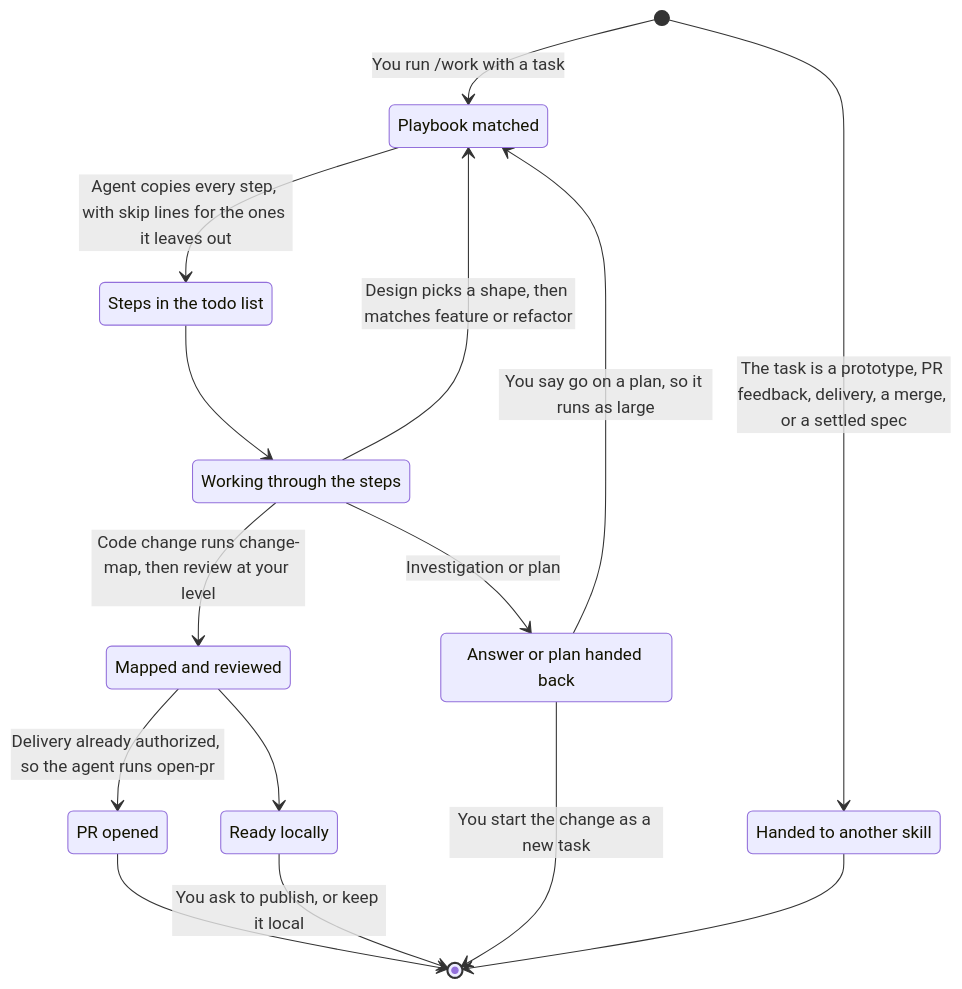
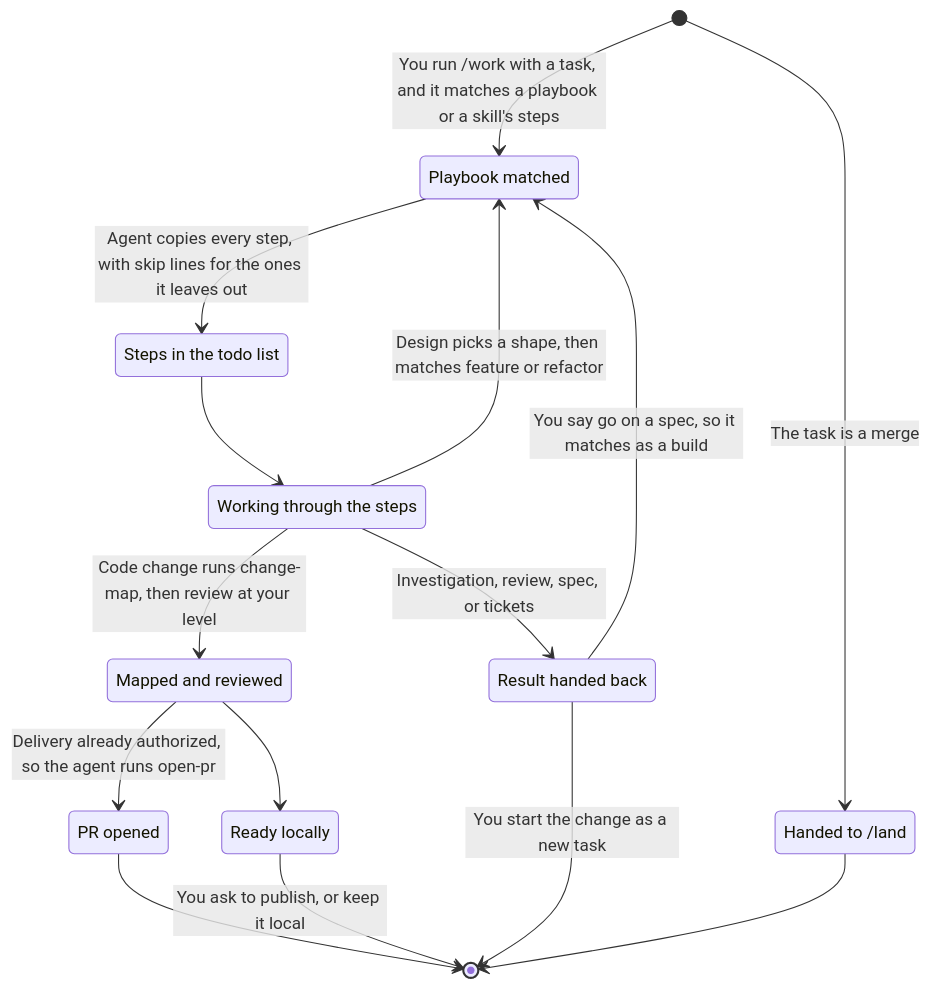
Before and after one commit to jvillegasd/harness: the first of 4 diagrams in docs/workflow.md, drawn with Mermaid. The commit also changed other lines of this file and 15 other files, not shown here.

First line of the commit message:
refactor(work): run existing skills as playbooks; split tickets from spec

````diff
--- a/docs/workflow.md
+++ b/docs/workflow.md
@@ -36,26 +37,26 @@
 ```mermaid
 stateDiagram-v2
     state "Playbook matched" as Matched
     state "Steps in the todo list" as Steps
     state "Working through the steps" as Working
     state "Mapped and reviewed" as Reviewed
-    state "Answer or plan handed back" as Answered
+    state "Result handed back" as Answered
     state "PR opened" as Opened
     state "Ready locally" as Ready
-    state "Handed to another skill" as Routed
+    state "Handed to /land" as Routed
 
-    [*] --> Matched: You run /work with a task
-    [*] --> Routed: The task is a prototype, PR feedback, delivery, a merge, or a settled spec
+    [*] --> Matched: You run /work with a task, and it matches a playbook or a skill's steps
+    [*] --> Routed: The task is a merge
     Matched --> Steps: Agent copies every step, with skip lines for the ones it leaves out
     Steps --> Working
     Working --> Reviewed: Code change runs change-map, then review at your level
-    Working --> Answered: Investigation or plan
+    Working --> Answered: Investigation, review, spec, or tickets
     Working --> Matched: Design picks a shape, then matches feature or refactor
     Reviewed --> Ready
     Reviewed --> Opened: Delivery already authorized, so the agent runs open-pr
     Opened --> [*]
     Ready --> [*]: You ask to publish, or keep it local
     Answered --> [*]: You start the change as a new task
-    Answered --> Matched: You say go on a plan, so it runs as large
+    Answered --> Matched: You say go on a spec, so it matches as a build
     Routed --> [*]
 ```
````
